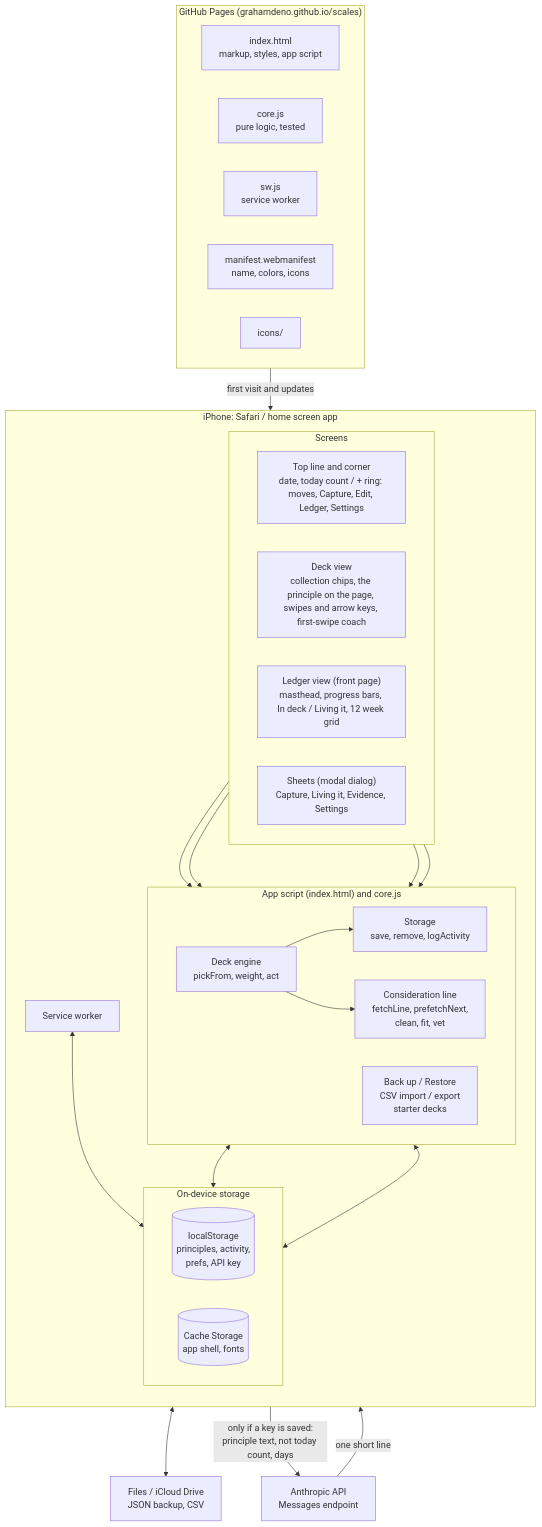
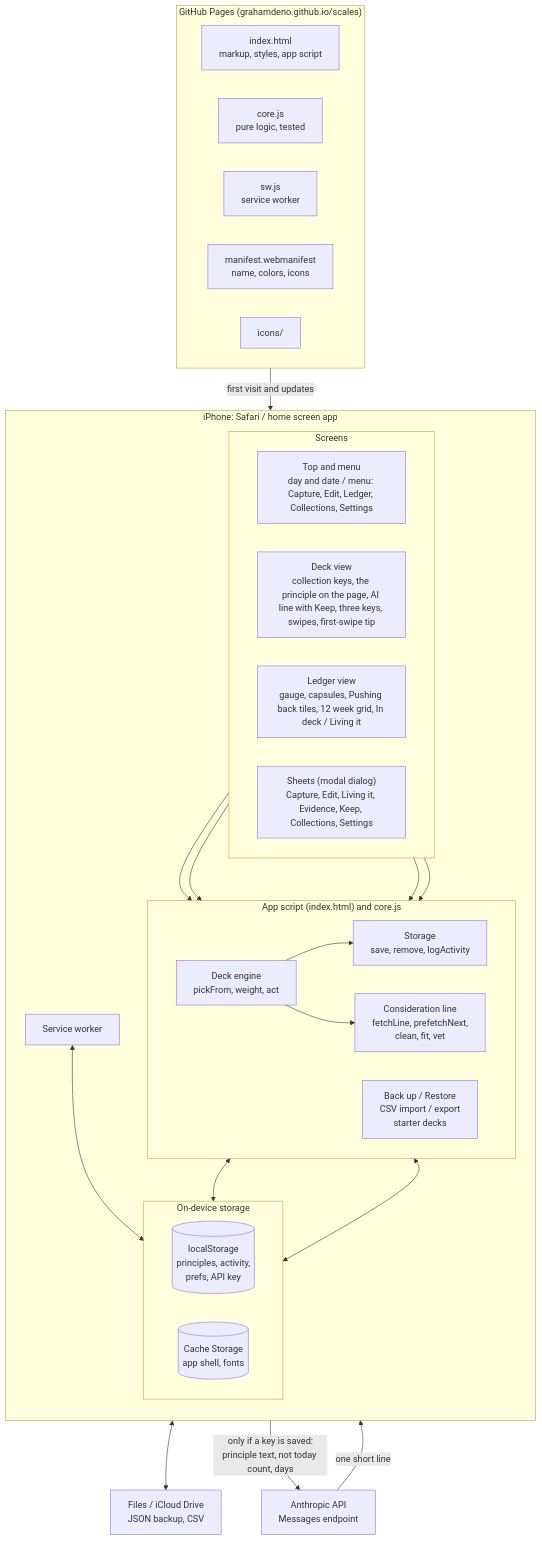
The first of 3 diagrams in docs/ARCHITECTURE.md (grahamdeno/scales), drawn with Mermaid before and after one commit. The commit also changed other lines of this file and 14 other files, not shown here.

First line of the commit message:
Release 1.30.0: Matte design system and Keep an AI line

````diff
--- a/docs/ARCHITECTURE.md
+++ b/docs/ARCHITECTURE.md
@@ -16,57 +16,57 @@
 ```mermaid
 flowchart TB
     subgraph host["GitHub Pages (grahamdeno.github.io/scales)"]
         direction LR
         html["index.html<br/>markup, styles, app script"]
         corefile["core.js<br/>pure logic, tested"]
         swfile["sw.js<br/>service worker"]
         mani["manifest.webmanifest<br/>name, colors, icons"]
         icons["icons/"]
     end
 
     subgraph phone["iPhone: Safari / home screen app"]
         direction TB
 
         subgraph ui["Screens"]
             direction LR
-            header["Top line and corner<br/>date, today count / + ring: moves, Capture, Edit, Ledger, Settings"]
-            deck["Deck view<br/>collection chips, the principle on the page, swipes and arrow keys, first-swipe coach"]
-            ledger["Ledger view (front page)<br/>masthead, progress bars, In deck / Living it, 12 week grid"]
-            sheets["Sheets (modal dialog)<br/>Capture, Living it, Evidence, Settings"]
+            header["Top and menu<br/>day and date / menu: Capture, Edit, Ledger, Collections, Settings"]
+            deck["Deck view<br/>collection keys, the principle on the page, AI line with Keep, three keys, swipes, first-swipe tip"]
+            ledger["Ledger view<br/>gauge, capsules, Pushing back tiles, 12 week grid, In deck / Living it"]
+            sheets["Sheets (modal dialog)<br/>Capture, Edit, Living it, Evidence, Keep, Collections, Settings"]
         end
 
         subgraph logic["App script (index.html) and core.js"]
             direction LR
             engine["Deck engine<br/>pickFrom, weight, act"]
             line["Consideration line<br/>fetchLine, prefetchNext,<br/>clean, fit, vet"]
             store["Storage<br/>save, remove, logActivity"]
             io["Back up / Restore<br/>CSV import / export<br/>starter decks"]
         end
 
         subgraph device["On-device storage"]
             direction LR
             ls[("localStorage<br/>principles, activity,<br/>prefs, API key")]
             cache[("Cache Storage<br/>app shell, fonts")]
         end
 
         sw["Service worker"]
     end
 
     api["Anthropic API<br/>Messages endpoint"]
     files["Files / iCloud Drive<br/>JSON backup, CSV"]
 
     host -- "first visit and updates" --> sw
     sw <--> cache
 
     deck --> engine
     sheets --> engine
     sheets --> io
     engine --> store
     engine --> line
     ledger --> store
     store <--> ls
     io <--> ls
     io <--> files
     line -- "only if a key is saved:<br/>principle text, not today count, days" --> api
     api -- "one short line" --> line
 ```
````
